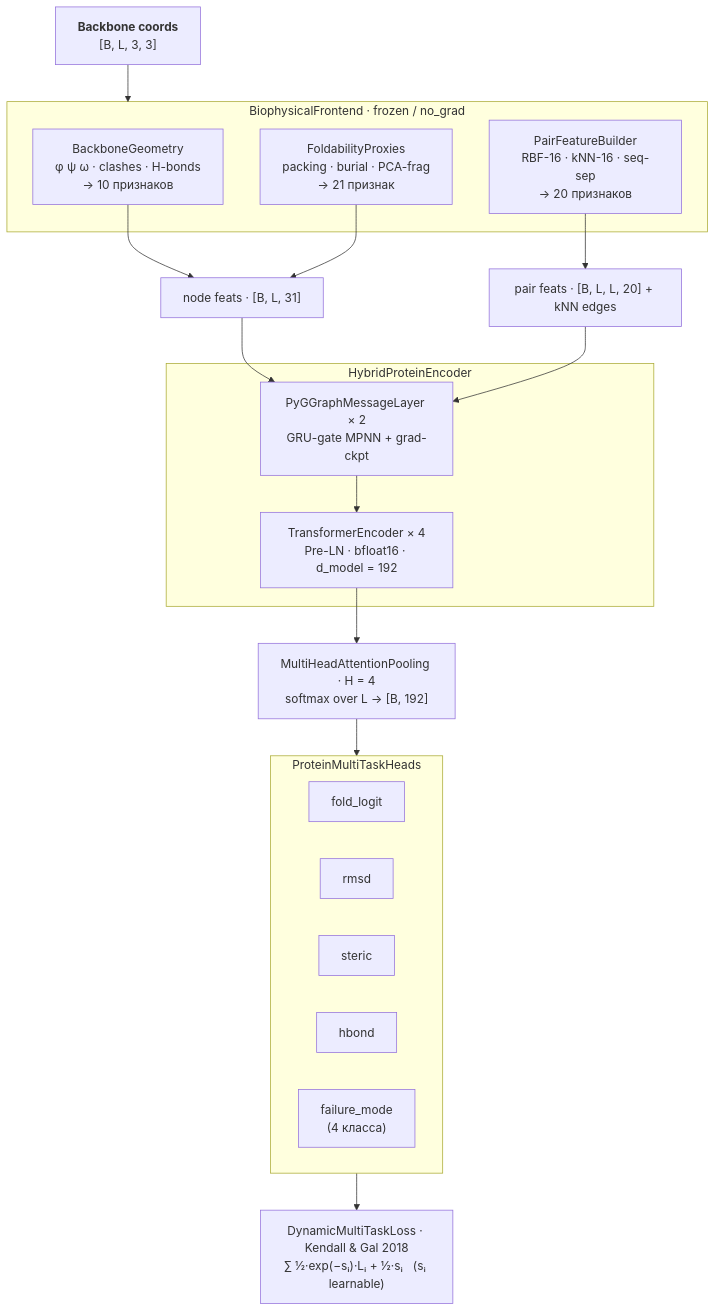
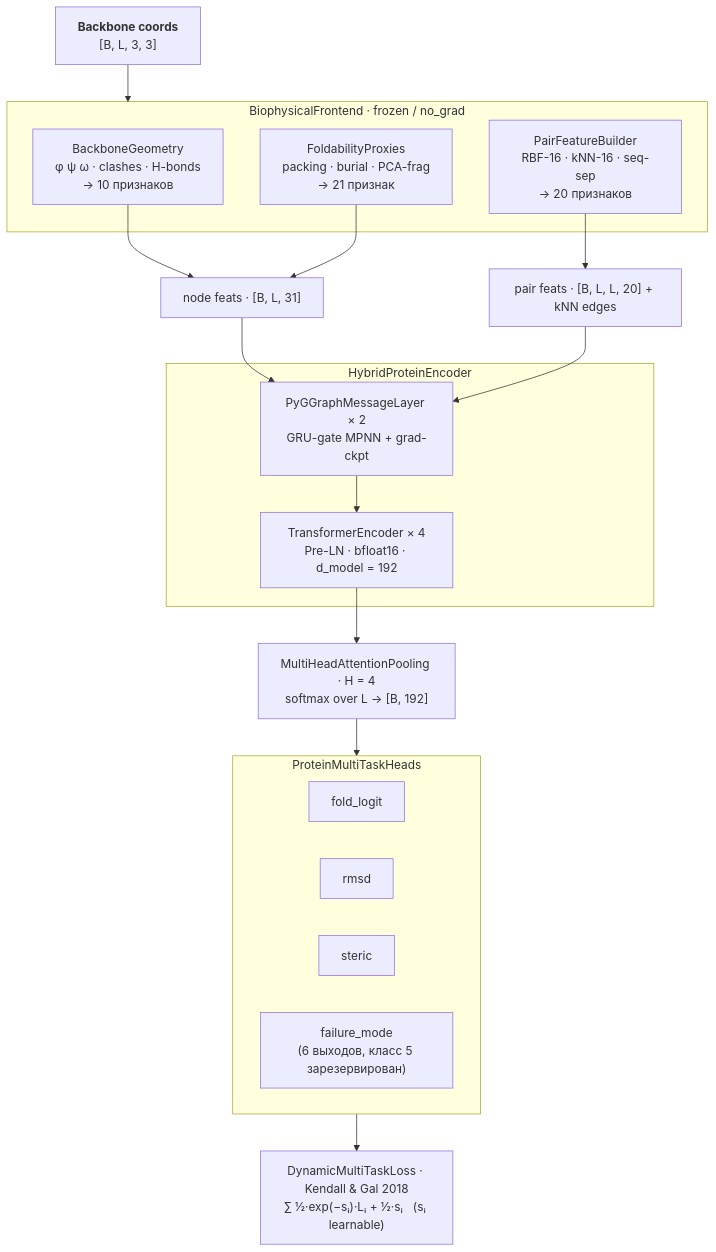
One commit to daghotur/bbvalidator changed the diagram in README.md. Above: the diagram before and after it, drawn with Mermaid. The commit also changed other lines of this file and 9 other files, not shown here.

````diff
--- a/README.md
+++ b/README.md
@@ -11,41 +13,40 @@
 ```mermaid
 flowchart TD
     INPUT["<b>Backbone coords</b><br/>[B, L, 3, 3]"]
 
     subgraph FRONTEND["BiophysicalFrontend · frozen / no_grad"]
         GEO["BackboneGeometry<br/>φ ψ ω · clashes · H-bonds<br/>→ 10 признаков"]
         FOLD["FoldabilityProxies<br/>packing · burial · PCA-frag<br/>→ 21 признак"]
         PAIR["PairFeatureBuilder<br/>RBF-16 · kNN-16 · seq-sep<br/>→ 20 признаков"]
     end
 
     NODE["node feats · [B, L, 31]"]
     PAIR_FEATS["pair feats · [B, L, L, 20] + kNN edges"]
 
     subgraph ENCODER["HybridProteinEncoder"]
         MPNN["PyGGraphMessageLayer × 2<br/>GRU-gate MPNN + grad-ckpt"]
         TRANSFORMER["TransformerEncoder × 4<br/>Pre-LN · bfloat16 · d_model = 192"]
     end
 
     POOL["MultiHeadAttentionPooling · H = 4<br/>softmax over L → [B, 192]"]
 
     subgraph HEADS["ProteinMultiTaskHeads"]
-        H1["fold_logit"] 
+        H1["fold_logit"]
         H2["rmsd"]
         H3["steric"]
-        H4["hbond"]
-        H5["failure_mode<br/>(4 класса)"]
+        H4["failure_mode<br/>(6 выходов, класс 5 зарезервирован)"]
     end
 
     LOSS["DynamicMultiTaskLoss · Kendall & Gal 2018<br/>∑ ½·exp(−sᵢ)·Lᵢ + ½·sᵢ   (sᵢ learnable)"]
 
     INPUT --> FRONTEND
     GEO --> NODE
     FOLD --> NODE
     PAIR --> PAIR_FEATS
     NODE --> MPNN
     PAIR_FEATS --> MPNN
     MPNN --> TRANSFORMER
     TRANSFORMER --> POOL
     POOL --> HEADS
     HEADS --> LOSS
 ```
````
